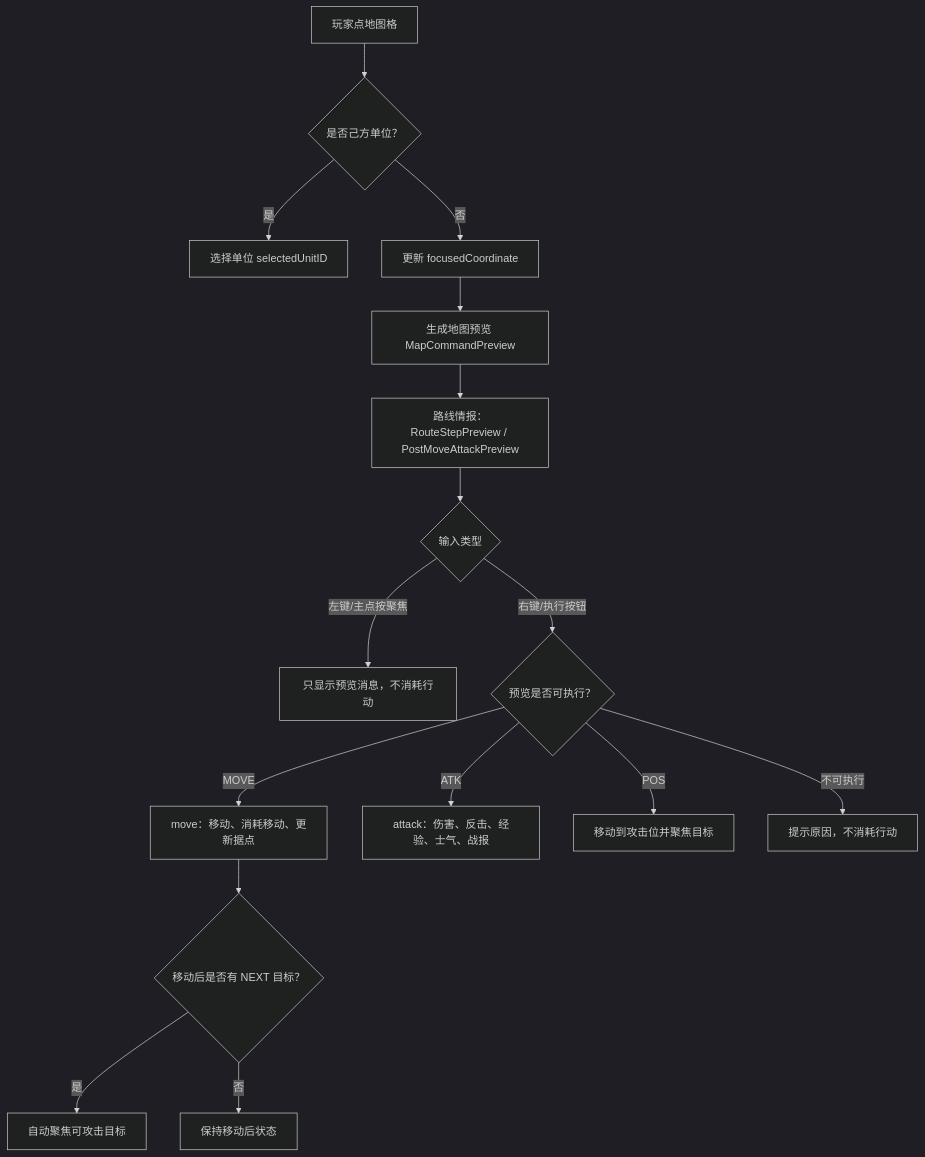
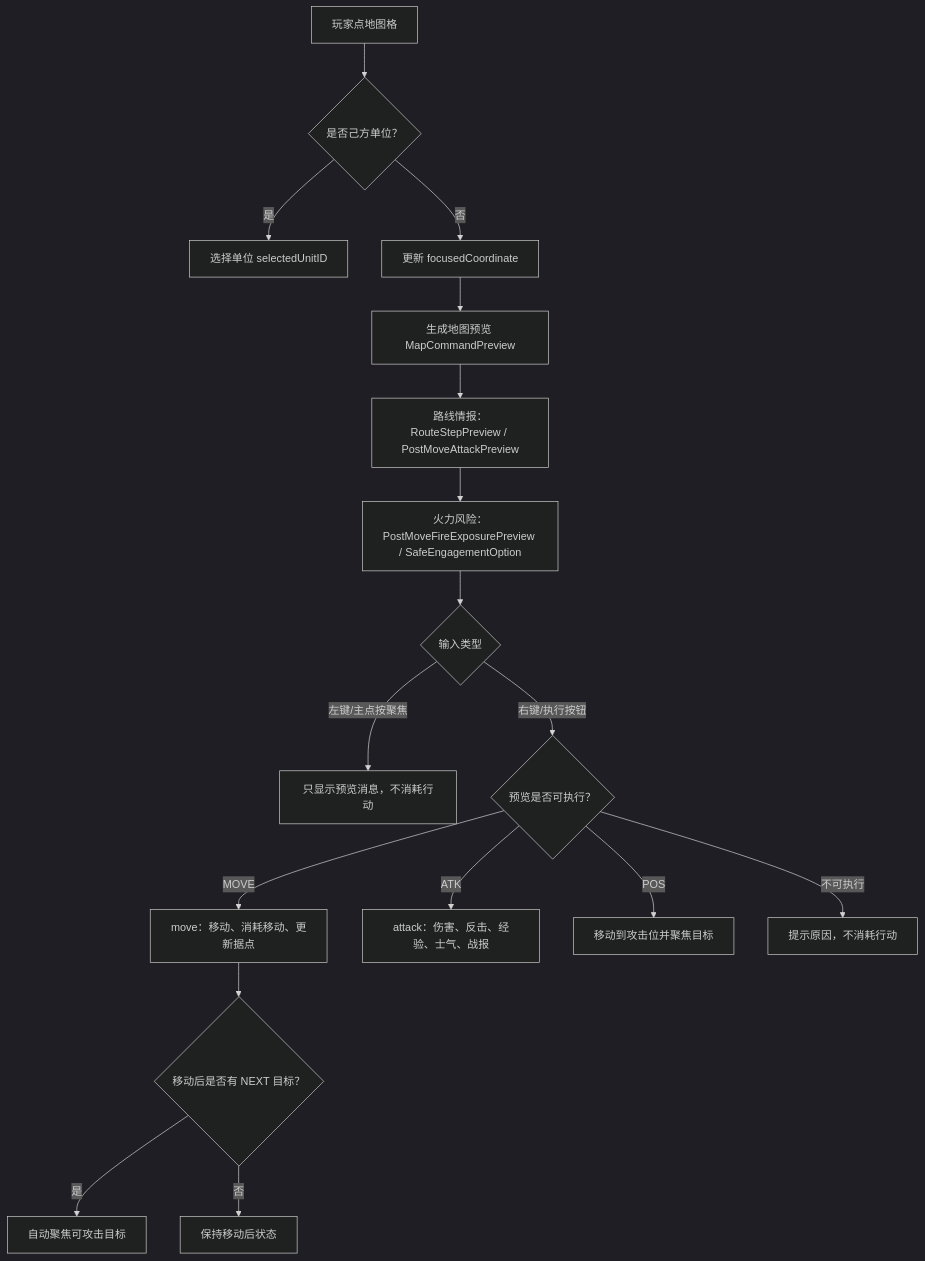
One commit to Altman-sam114/116 changed the second of 5 diagrams in md/flow/flowchart.md. Above: the diagram before and after it, drawn with Mermaid (dark theme). The commit also changed other lines of this file and 9 other files, not shown here.

````diff
--- a/md/flow/flowchart.md
+++ b/md/flow/flowchart.md
@@ -26,18 +26,19 @@
 ```mermaid
 flowchart TD
   A["玩家点地图格"] --> B{"是否己方单位？"}
   B -->|是| C["选择单位 selectedUnitID"]
   B -->|否| D["更新 focusedCoordinate"]
   D --> E["生成地图预览 MapCommandPreview"]
   E --> R["路线情报：RouteStepPreview / PostMoveAttackPreview"]
-  R --> F{"输入类型"}
+  R --> X["火力风险：PostMoveFireExposurePreview / SafeEngagementOption"]
+  X --> F{"输入类型"}
   F -->|左键/主点按聚焦| G["只显示预览消息，不消耗行动"]
   F -->|右键/执行按钮| H{"预览是否可执行？"}
   H -->|MOVE| I["move：移动、消耗移动、更新据点"]
   H -->|ATK| J["attack：伤害、反击、经验、士气、战报"]
   H -->|POS| K["移动到攻击位并聚焦目标"]
   H -->|不可执行| L["提示原因，不消耗行动"]
   I --> M{"移动后是否有 NEXT 目标？"}
   M -->|是| N["自动聚焦可攻击目标"]
   M -->|否| O["保持移动后状态"]
 ```
````
